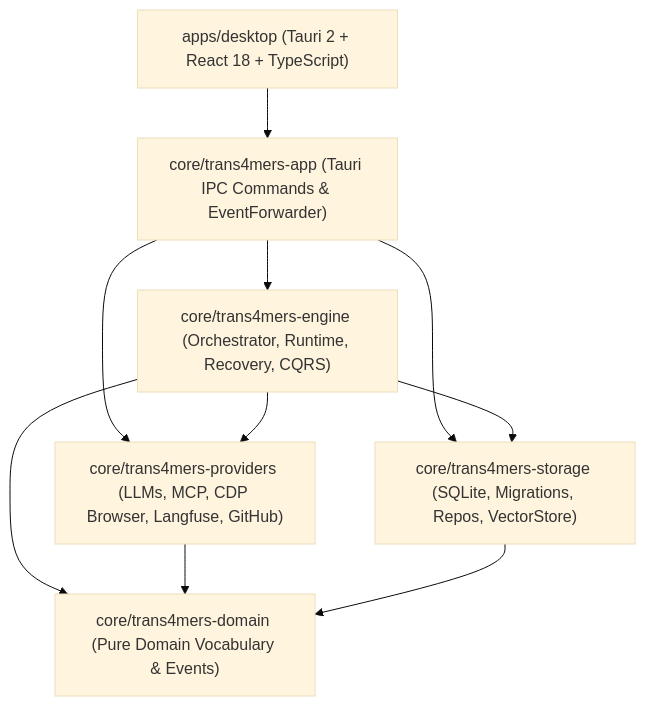
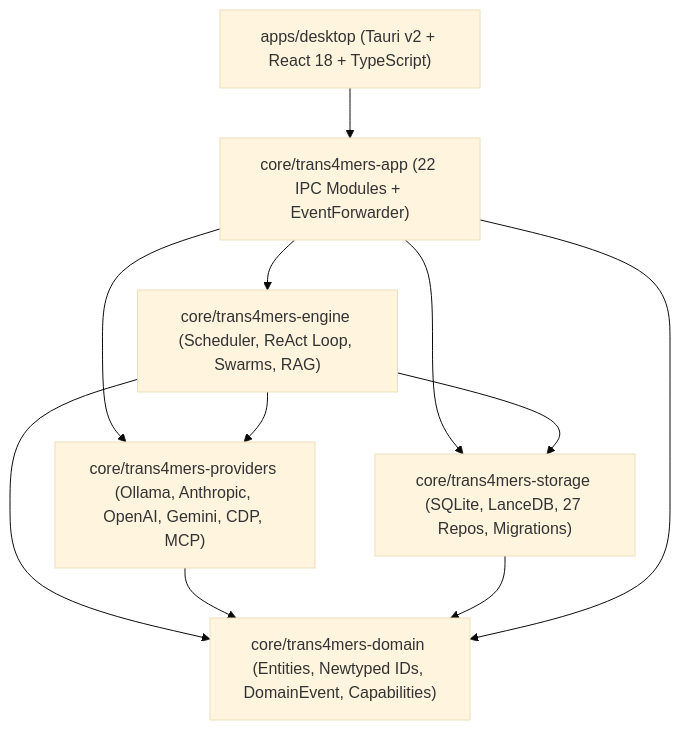
One commit to abhayzangir1/trans4mer changed the diagram in TRD.md. Above: the diagram before and after it, drawn with Mermaid (base theme). The commit also changed other lines of this file and 8 other files, not shown here.

Commit message:
docs: reverse-engineer comprehensive PRD, TRD, master architecture and 5 granular subsystem specifications

````diff
--- a/TRD.md
+++ b/TRD.md
@@ -10,19 +10,20 @@
 ```mermaid
 graph TD
-    Desktop["apps/desktop (Tauri 2 + React 18 + TypeScript)"]
-    App["core/trans4mers-app (Tauri IPC Commands & EventForwarder)"]
-    Engine["core/trans4mers-engine (Orchestrator, Runtime, Recovery, CQRS)"]
-    Providers["core/trans4mers-providers (LLMs, MCP, CDP Browser, Langfuse, GitHub)"]
-    Storage["core/trans4mers-storage (SQLite, Migrations, Repos, VectorStore)"]
-    Domain["core/trans4mers-domain (Pure Domain Vocabulary & Events)"]
+    Desktop["apps/desktop (Tauri v2 + React 18 + TypeScript)"]
+    App["core/trans4mers-app (22 IPC Modules + EventForwarder)"]
+    Engine["core/trans4mers-engine (Scheduler, ReAct Loop, Swarms, RAG)"]
+    Providers["core/trans4mers-providers (Ollama, Anthropic, OpenAI, Gemini, CDP, MCP)"]
+    Storage["core/trans4mers-storage (SQLite, LanceDB, 27 Repos, Migrations)"]
+    Domain["core/trans4mers-domain (Entities, Newtyped IDs, DomainEvent, Capabilities)"]
 
     Desktop --> App
     App --> Engine
     App --> Storage
     App --> Providers
     Engine --> Storage
     Engine --> Providers
     Engine --> Domain
     Providers --> Domain
     Storage --> Domain
+    App --> Domain
 ```
````
